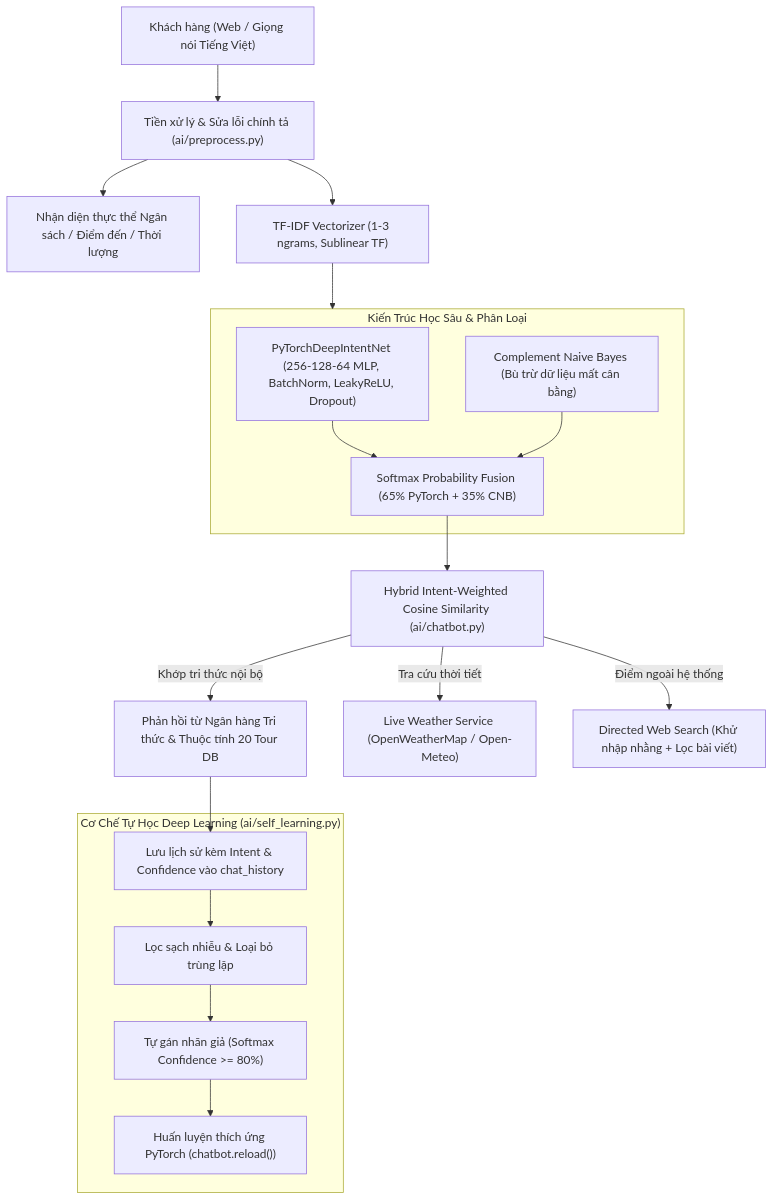
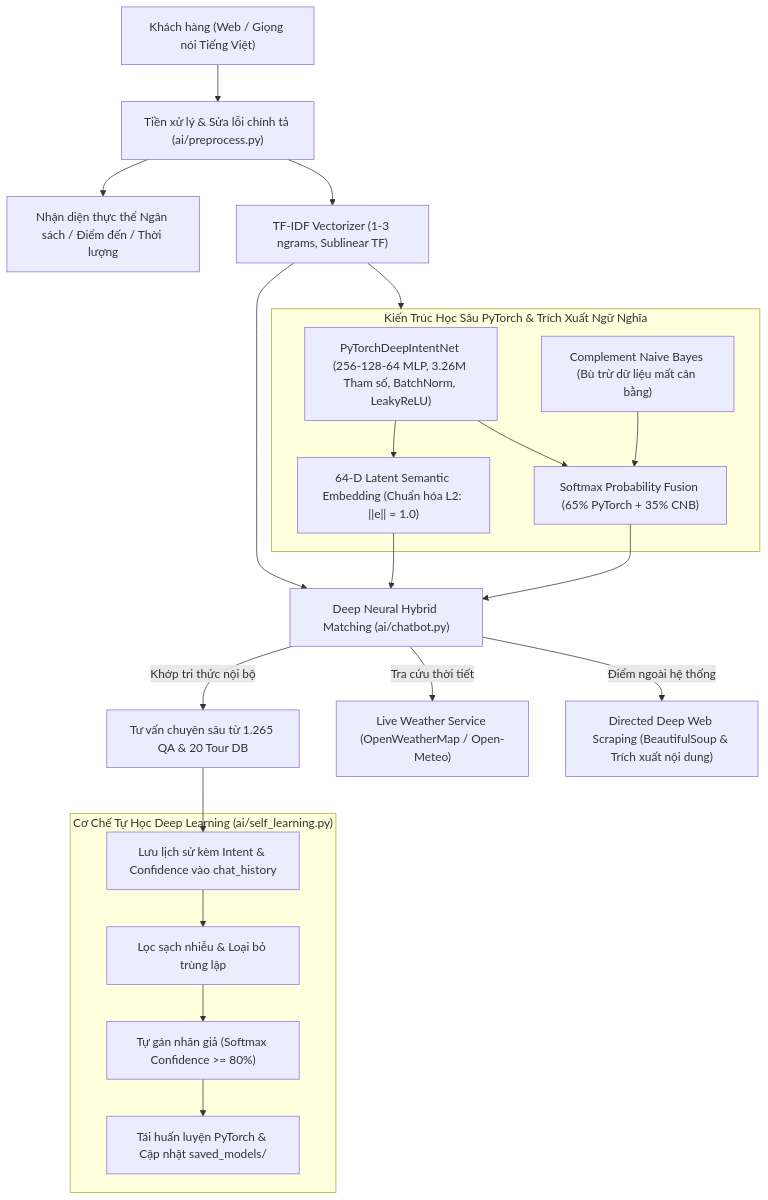
One commit to thaieaut-engineer/Tri-Tue-Nhan-Tao-AI- changed the diagram in README.md. Above: the diagram before and after it, drawn with Mermaid. The commit also changed other lines of this file and 11 other files, not shown here.

First line of the commit message:
feat(ai): nâng cấp hệ thống Deep Learning PyTorch với 64-D Latent Semantic Embedding và Model Persistence

````diff
--- a/README.md
+++ b/README.md
@@ -83,30 +83,34 @@
 ```mermaid
 flowchart TD
     User["Khách hàng (Web / Giọng nói Tiếng Việt)"] --> Pre["Tiền xử lý & Sửa lỗi chính tả (ai/preprocess.py)"]
     Pre --> Recog["Nhận diện thực thể Ngân sách / Điểm đến / Thời lượng"]
     
     Pre --> Feat["TF-IDF Vectorizer (1-3 ngrams, Sublinear TF)"]
     Feat --> Deep["DeepHybridModel Ensemble (ai/train_model.py)"]
     
-    subgraph Deep ["Kiến Trúc Học Sâu & Phân Loại"]
-        M1["PyTorchDeepIntentNet (256-128-64 MLP, BatchNorm, LeakyReLU, Dropout)"]
+    subgraph Deep ["Kiến Trúc Học Sâu PyTorch & Trích Xuất Ngữ Nghĩa"]
+        M1["PyTorchDeepIntentNet (256-128-64 MLP, 3.26M Tham số, BatchNorm, LeakyReLU)"]
+        Emb["64-D Latent Semantic Embedding (Chuẩn hóa L2: ||e|| = 1.0)"]
         M2["Complement Naive Bayes (Bù trừ dữ liệu mất cân bằng)"]
         M3["Softmax Probability Fusion (65% PyTorch + 35% CNB)"]
+        M1 --> Emb
         M1 --> M3
         M2 --> M3
     end
     
-    M3 --> Sim["Hybrid Intent-Weighted Cosine Similarity (ai/chatbot.py)"]
+    Emb --> Sim["Deep Neural Hybrid Matching (ai/chatbot.py)"]
+    Feat --> Sim
+    M3 --> Sim
     
-    Sim -->|Khớp tri thức nội bộ| Ans["Phản hồi từ Ngân hàng Tri thức & Thuộc tính 20 Tour DB"]
+    Sim -->|Khớp tri thức nội bộ| Ans["Tư vấn chuyên sâu từ 1.265 QA & 20 Tour DB"]
     Sim -->|Tra cứu thời tiết| Wea["Live Weather Service (OpenWeatherMap / Open-Meteo)"]
-    Sim -->|Điểm ngoài hệ thống| Web["Directed Web Search (Khử nhập nhằng + Lọc bài viết)"]
+    Sim -->|Điểm ngoài hệ thống| Web["Directed Deep Web Scraping (BeautifulSoup & Trích xuất nội dung)"]
     
     Ans --> Log["Lưu lịch sử kèm Intent & Confidence vào chat_history"]
     
     subgraph SelfLearn ["Cơ Chế Tự Học Deep Learning (ai/self_learning.py)"]
         Log --> Filter["Lọc sạch nhiễu & Loại bỏ trùng lặp"]
         Filter --> Pseudo["Tự gán nhãn giả (Softmax Confidence >= 80%)"]
-        Pseudo --> Retrain["Huấn luyện thích ứng PyTorch (chatbot.reload())"]
+        Pseudo --> Retrain["Tái huấn luyện PyTorch & Cập nhật saved_models/"]
     end
 ```
````
